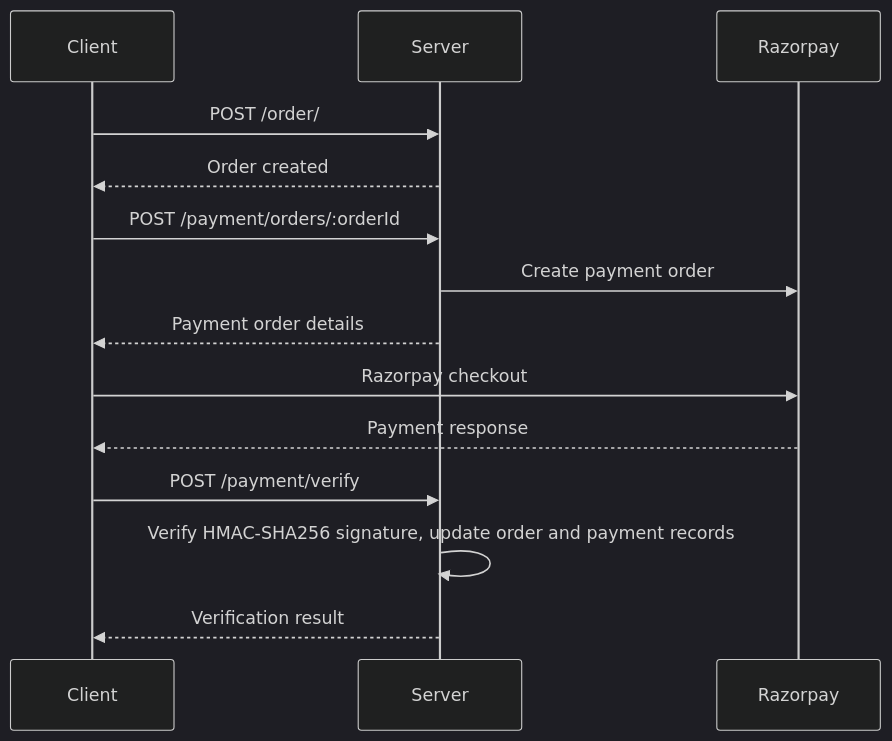
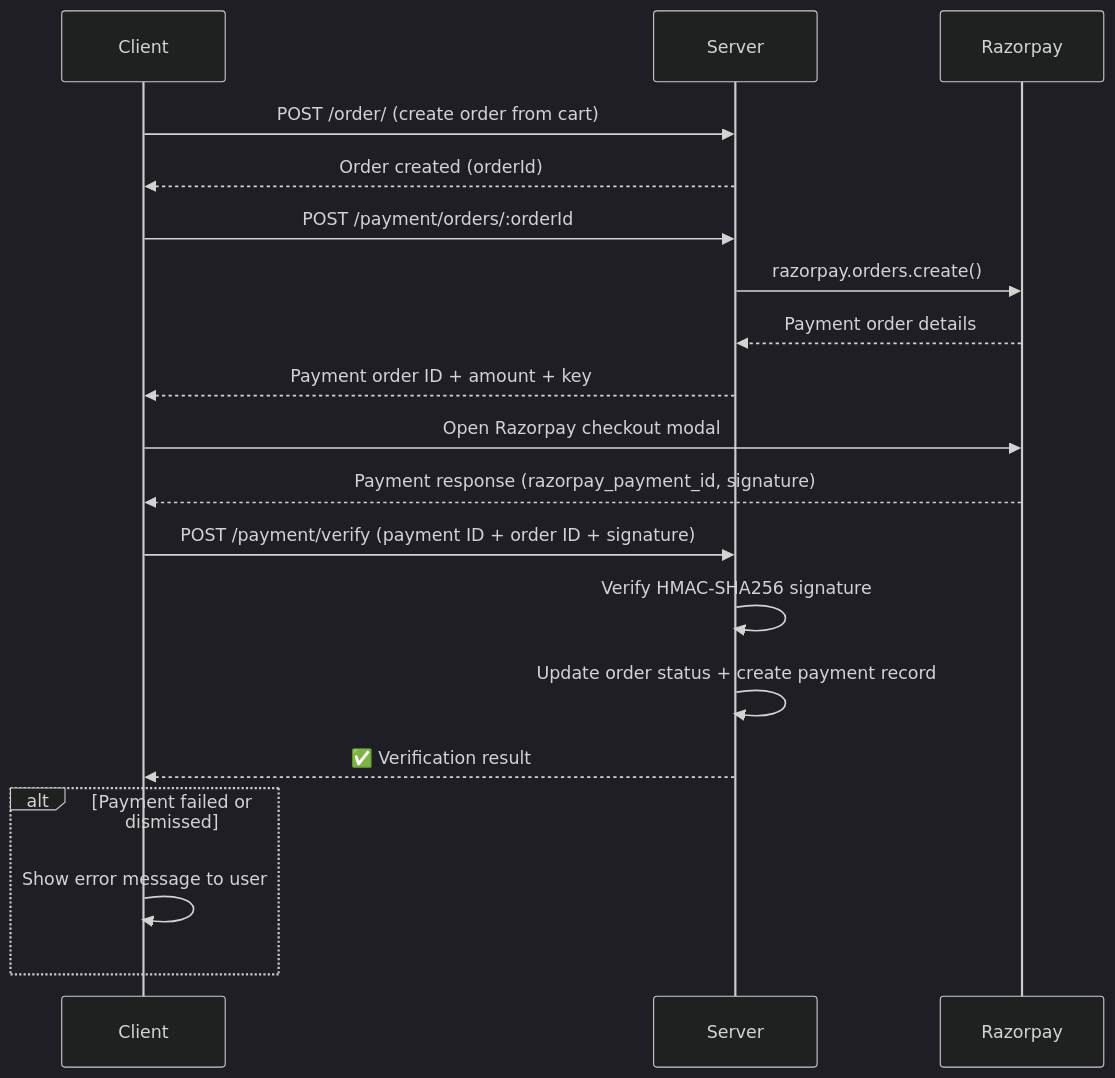
Before and after one commit to jyt-dev/e-Commerce: the third of 3 diagrams in Readme.md, drawn with Mermaid (dark theme). The commit also changed other lines of this file, not shown here.

Commit message:
docs: rewrite README with architecture diagrams, deployment guide, troubleshooting, and contributing guidelines

````diff
--- a/Readme.md
+++ b/Readme.md
@@ -261,16 +467,26 @@
 ```mermaid
 sequenceDiagram
     participant C as Client
     participant S as Server
     participant R as Razorpay
-    C->>S: POST /order/
-    S-->>C: Order created
+
+    C->>S: POST /order/ (create order from cart)
+    S-->>C: Order created (orderId)
+
     C->>S: POST /payment/orders/:orderId
-    S->>R: Create payment order
-    S-->>C: Payment order details
-    C->>R: Razorpay checkout
-    R-->>C: Payment response
-    C->>S: POST /payment/verify
-    S->>S: Verify HMAC-SHA256 signature, update order and payment records
-    S-->>C: Verification result
+    S->>R: razorpay.orders.create()
+    R-->>S: Payment order details
+    S-->>C: Payment order ID + amount + key
+
+    C->>R: Open Razorpay checkout modal
+    R-->>C: Payment response (razorpay_payment_id, signature)
+
+    C->>S: POST /payment/verify (payment ID + order ID + signature)
+    S->>S: Verify HMAC-SHA256 signature
+    S->>S: Update order status + create payment record
+    S-->>C: ✅ Verification result
+
+    alt Payment failed or dismissed
+        C->>C: Show error message to user
+    end
 ```
````
